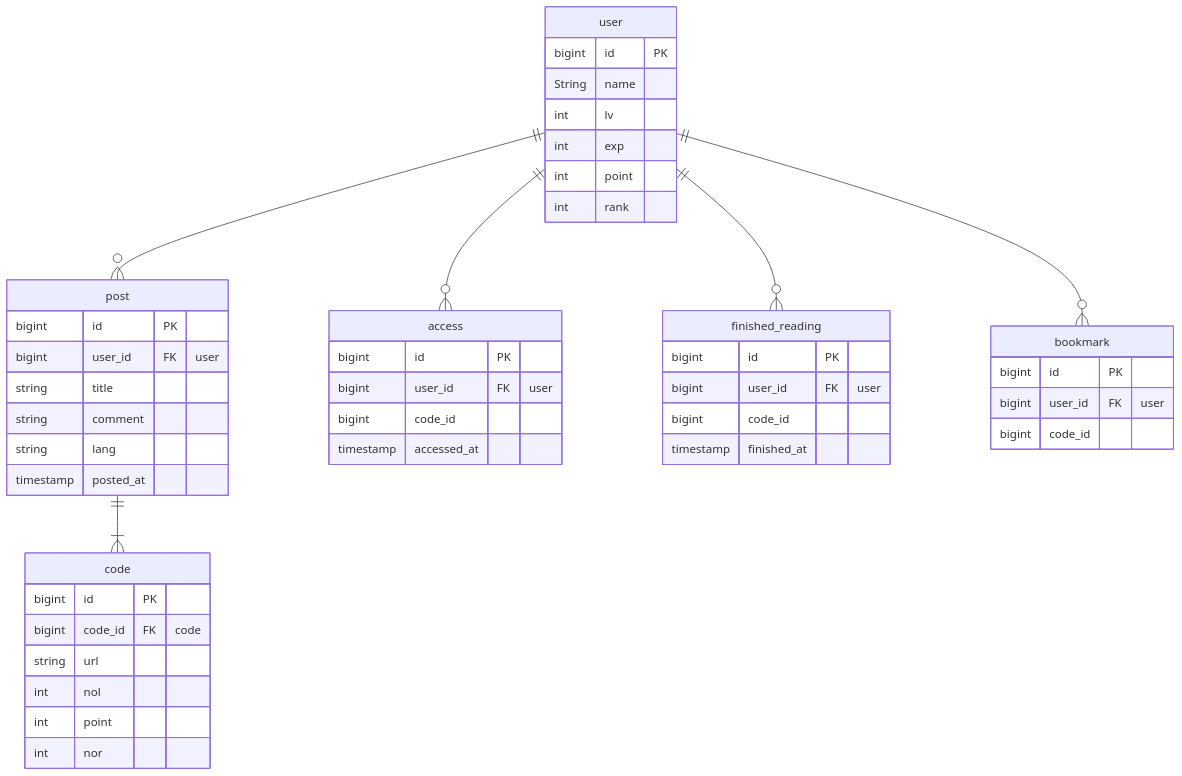
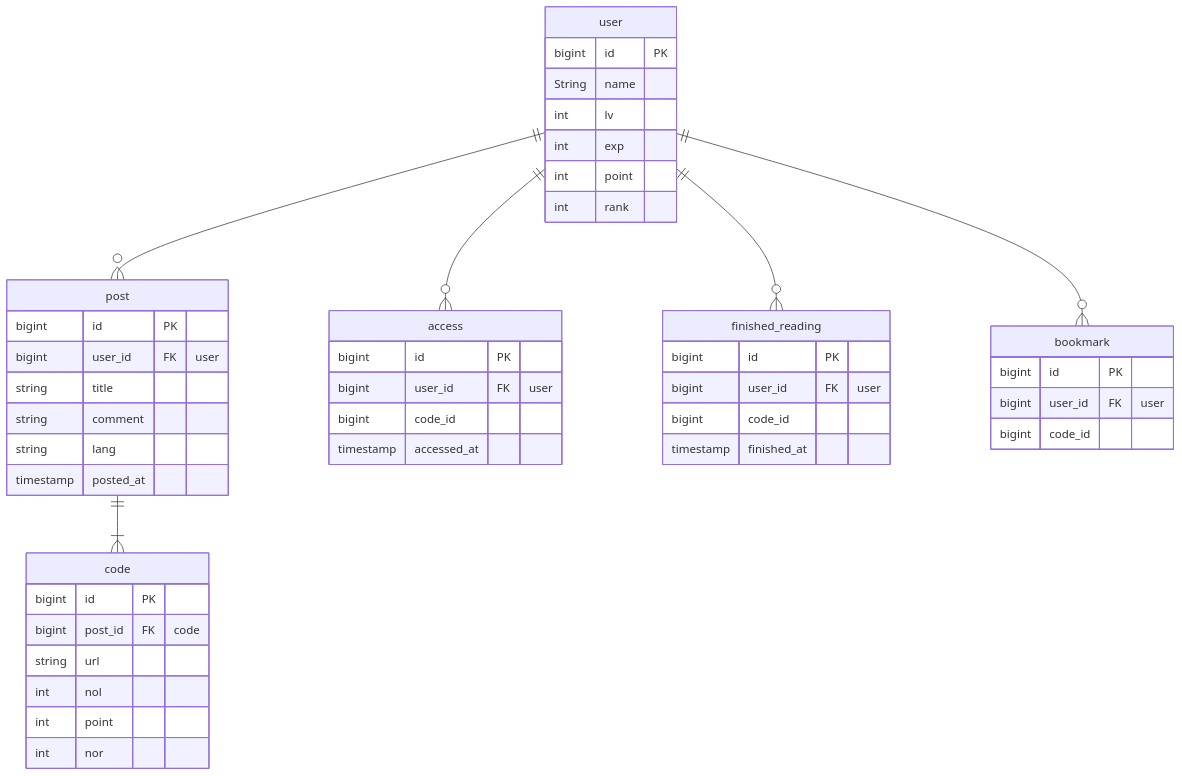
The diagram in chart/ER.md (KimuraRyunosuke/CodeLeader), drawn with Mermaid before and after one commit.

Commit message:
postを修正した

````diff
--- a/chart/ER.md
+++ b/chart/ER.md
@@ -1,55 +1,55 @@
-```mermaid　
+```mermaid
 erDiagram
     user {
         bigint id PK
         String name
         int lv
         int exp
         int point
         int rank
     }
 
     post {
         bigint id PK
         bigint user_id FK "user"
         string title
         string comment
         string lang
         timestamp posted_at
     }
 
     code {
         bigint id PK
-        bigint code_id FK "code"
+        bigint post_id FK "code"
         string url
         int nol
         int point
         int nor
     }
 
     access {
         bigint id PK
         bigint user_id FK "user"
         bigint code_id
         timestamp accessed_at
     }
 
     finished_reading {
         bigint id PK
         bigint user_id FK "user"
         bigint code_id
         timestamp finished_at
     }
 
     bookmark {
         bigint id PK
         bigint user_id FK "user"
         bigint code_id
     }
 
     user ||--o{ post : ""
     user ||--o{ access : ""
     user ||--o{ finished_reading : ""
     user ||--o{ bookmark : ""
     post ||--|{ code : ""
 ```
````
